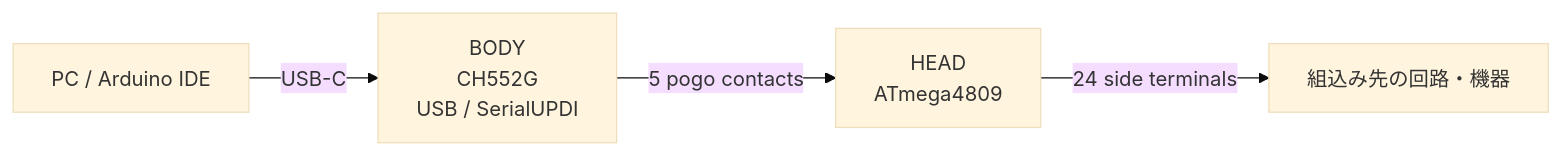
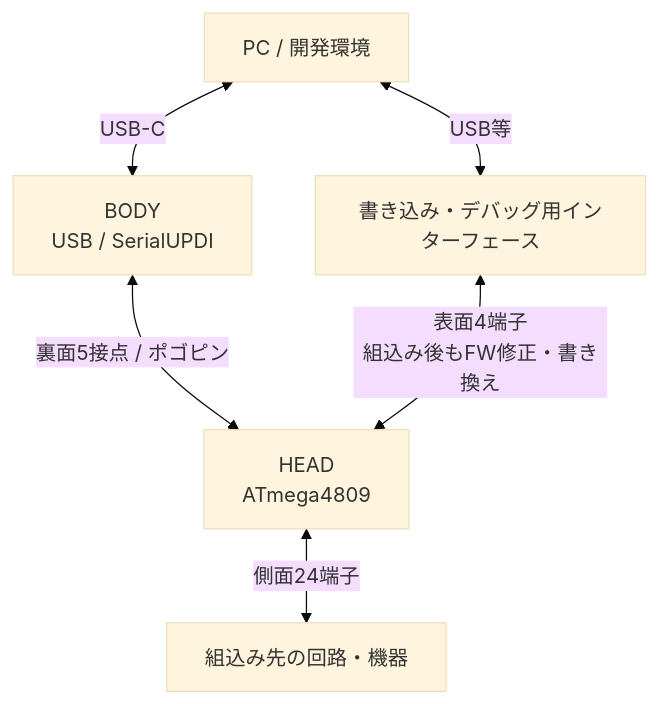
One commit to ymmtynk/BARONDUINO_EVERY changed the first of 2 diagrams in hardware/README.md. Above: the diagram before and after it, drawn with Mermaid (base theme). The commit also changed other lines of this file, not shown here.

Commit message:
docs: show separate in-system debug programming path in diagrams

````diff
--- a/hardware/README.md
+++ b/hardware/README.md
@@ -7,6 +7,14 @@
 ```mermaid
-flowchart LR
-    PC["PC / Arduino IDE"] -->|USB-C| BODY["BODY<br/>CH552G<br/>USB / SerialUPDI"]
-    BODY -->|5 pogo contacts| HEAD["HEAD<br/>ATmega4809"]
-    HEAD -->|24 side terminals| DEVICE["組込み先の回路・機器"]
+flowchart TB
+    PC["PC / 開発環境"]
+    BODY["BODY<br/>USB / SerialUPDI"]
+    HEAD["HEAD<br/>ATmega4809"]
+    DEVICE["組込み先の回路・機器"]
+    ADAPTER["書き込み・デバッグ用インターフェース"]
+
+    PC <-->|USB-C| BODY
+    BODY <-->|裏面5接点 / ポゴピン| HEAD
+    HEAD <-->|側面24端子| DEVICE
+    PC <-->|USB等| ADAPTER
+    ADAPTER <-->|表面4端子<br/>組込み後もFW修正・書き換え| HEAD
 ```
````
